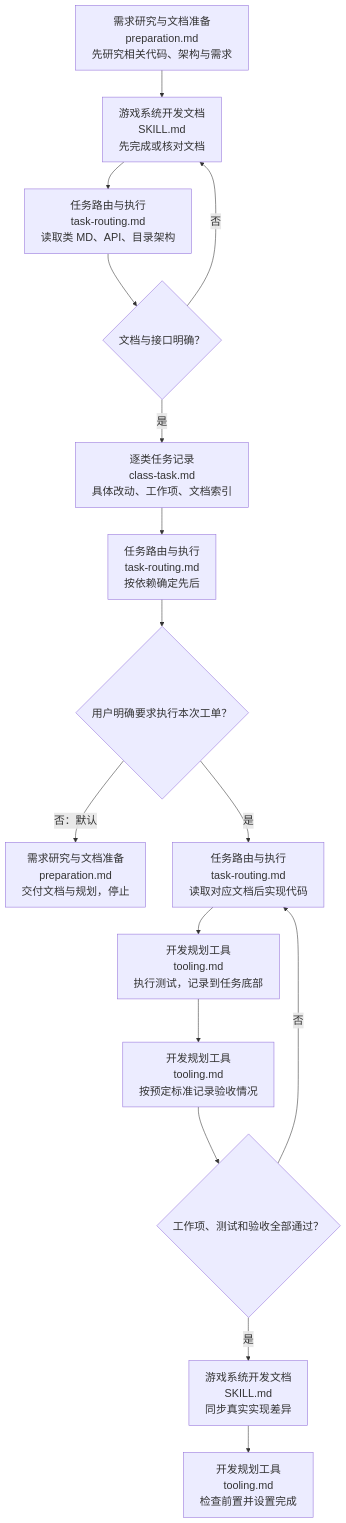
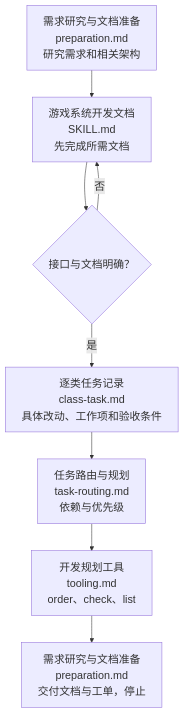
Before and after one commit to 229196637/game-development-skills: the diagram in game-system-development-planning/SKILL.md, drawn with Mermaid. The commit also changed other lines of this file and 36 other files, not shown here.

First line of the commit message:
feat: separate game system execution from planning

````diff
--- a/game-system-development-planning/SKILL.md
+++ b/game-system-development-planning/SKILL.md
@@ -16,29 +14,17 @@
 ```mermaid
-%%{init: {"themeVariables": {"fontSize": "20px"}, "flowchart": {"wrappingWidth": 360}}}%%
+%%{init: {"themeVariables": {"fontSize": "20px"}, "flowchart": {"wrappingWidth": 340}}}%%
 flowchart TD
-  Research["需求研究与文档准备<br/>preparation.md<br/>先研究相关代码、架构与需求"] --> Docs["游戏系统开发文档<br/>SKILL.md<br/>先完成或核对文档"] --> Read["任务路由与执行<br/>task-routing.md<br/>读取类 MD、API、目录架构"]
-  Read --> Ready{"文档与接口明确？"}
+  Research["需求研究与文档准备<br/>preparation.md<br/>研究需求和相关架构"] --> Docs["游戏系统开发文档<br/>SKILL.md<br/>先完成所需文档"]
+  Docs --> Ready{"接口与文档明确？"}
   Ready -->|否| Docs
-  Ready -->|是| Task["逐类任务记录<br/>class-task.md<br/>具体改动、工作项、文档索引"]
-  Task --> Order["任务路由与执行<br/>task-routing.md<br/>按依赖确定先后"]
-  Order --> Gate{"用户明确要求执行本次工单？"}
-  Gate -->|否：默认| Deliver["需求研究与文档准备<br/>preparation.md<br/>交付文档与规划，停止"]
-  Gate -->|是| Code["任务路由与执行<br/>task-routing.md<br/>读取对应文档后实现代码"]
-  Code --> Test["开发规划工具<br/>tooling.md<br/>执行测试，记录到任务底部"]
-  Test --> Accept["开发规划工具<br/>tooling.md<br/>按预定标准记录验收情况"]
-  Accept --> Pass{"工作项、测试和验收全部通过？"}
-  Pass -->|否| Code
-  Pass -->|是| Sync["游戏系统开发文档<br/>SKILL.md<br/>同步真实实现差异"]
-  Sync --> Done["开发规划工具<br/>tooling.md<br/>检查前置并设置完成"]
+  Ready -->|是| Task["逐类任务记录<br/>class-task.md<br/>具体改动、工作项和验收条件"]
+  Task --> Route["任务路由与规划<br/>task-routing.md<br/>依赖与优先级"]
+  Route --> Check["开发规划工具<br/>tooling.md<br/>order、check、list"]
+  Check --> Deliver["需求研究与文档准备<br/>preparation.md<br/>交付文档与工单，停止"]
   click Research "references/workflows/preparation.md"
   click Docs "../game-system-development-documentation/SKILL.md"
-  click Read "references/workflows/task-routing.md"
   click Task "references/contracts/class-task.md"
-  click Order "references/workflows/task-routing.md"
+  click Route "references/workflows/task-routing.md"
+  click Check "references/tooling.md"
   click Deliver "references/workflows/preparation.md"
-  click Code "references/workflows/task-routing.md"
-  click Test "references/tooling.md"
-  click Accept "references/tooling.md"
-  click Sync "../game-system-development-documentation/SKILL.md"
-  click Done "references/tooling.md"
 ```
````
